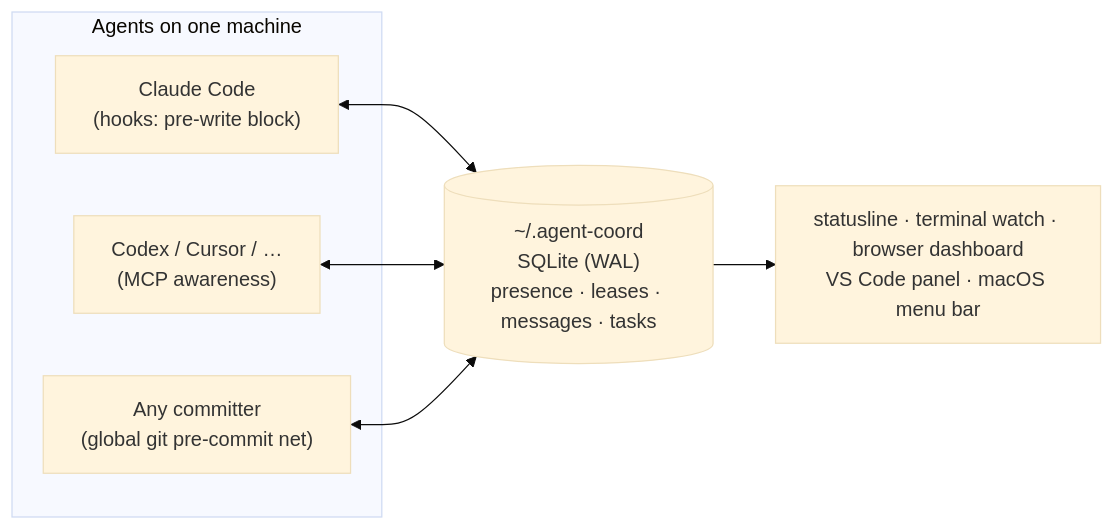
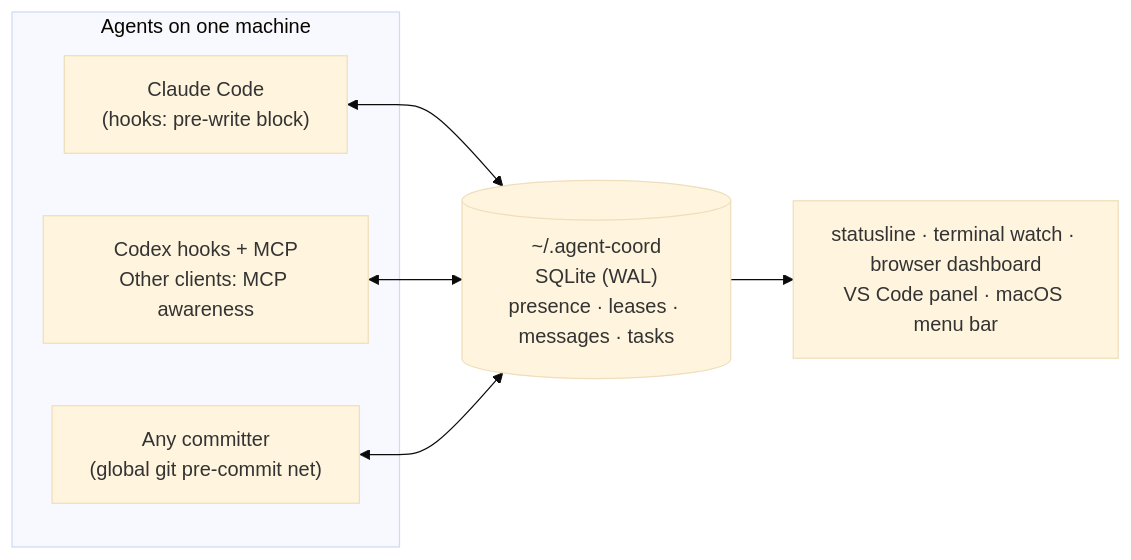
One commit to v2matosevic/agent-coord changed the diagram in README.md. Above: the diagram before and after it, drawn with Mermaid (base theme). The commit also changed other lines of this file and 22 other files, not shown here.

````diff
--- a/README.md
+++ b/README.md
@@ -83,13 +85,13 @@
 ```mermaid
 flowchart LR
     subgraph agents [Agents on one machine]
         CC["Claude Code<br/>(hooks: pre-write block)"]
-        CX["Codex / Cursor / …<br/>(MCP awareness)"]
+        CX["Codex hooks + MCP<br/>Other clients: MCP awareness"]
         GIT["Any committer<br/>(global git pre-commit net)"]
     end
     STORE[("~/.agent-coord<br/>SQLite (WAL)<br/>presence · leases · messages · tasks")]
     CC <--> STORE
     CX <--> STORE
     GIT <--> STORE
     STORE --> OBS["statusline · terminal watch · browser dashboard<br/>VS Code panel · macOS menu bar"]
 ```
````
